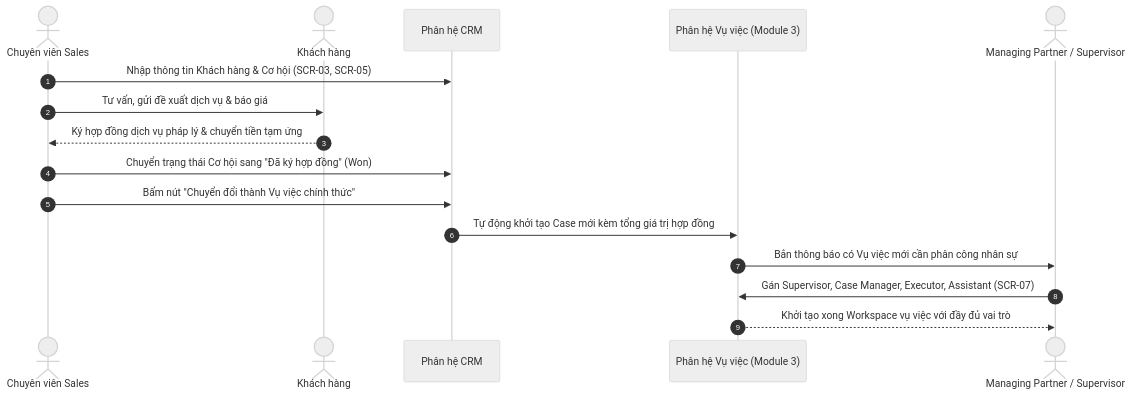
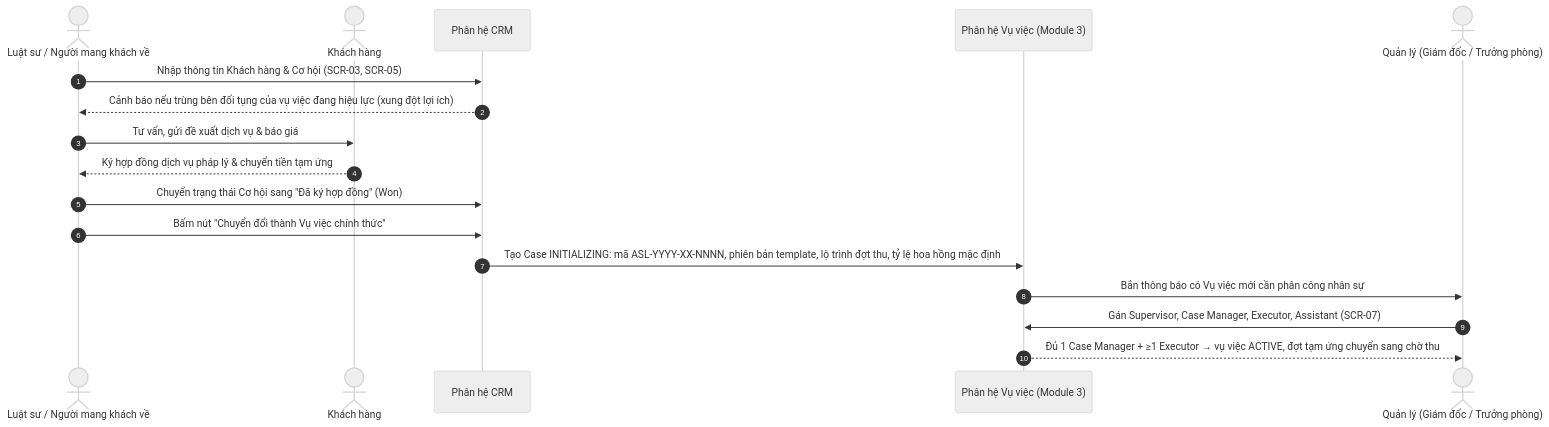
The first of 5 diagrams in docs/04-user-flows.md (namth/asl-erp-v2), drawn with Mermaid (neutral theme) before and after one commit. The commit also changed other lines of this file and 84 other files, not shown here.

````diff
--- a/docs/04-user-flows.md
+++ b/docs/04-user-flows.md
@@ -5,19 +5,20 @@
 ```mermaid
 sequenceDiagram
     autonumber
-    actor Sales as Chuyên viên Sales
+    actor Sales as Luật sư / Người mang khách về
     actor Client as Khách hàng
     participant CRM as Phân hệ CRM
     participant CaseMod as Phân hệ Vụ việc (Module 3)
-    actor Partner as Managing Partner / Supervisor
+    actor Partner as Quản lý (Giám đốc / Trưởng phòng)
 
     Sales->>CRM: Nhập thông tin Khách hàng & Cơ hội (SCR-03, SCR-05)
+    CRM-->>Sales: Cảnh báo nếu trùng bên đối tụng của vụ việc đang hiệu lực (xung đột lợi ích)
     Sales->>Client: Tư vấn, gửi đề xuất dịch vụ & báo giá
     Client-->>Sales: Ký hợp đồng dịch vụ pháp lý & chuyển tiền tạm ứng
     Sales->>CRM: Chuyển trạng thái Cơ hội sang "Đã ký hợp đồng" (Won)
     Sales->>CRM: Bấm nút "Chuyển đổi thành Vụ việc chính thức"
-    CRM->>CaseMod: Tự động khởi tạo Case mới kèm tổng giá trị hợp đồng
+    CRM->>CaseMod: Tạo Case INITIALIZING: mã ASL-YYYY-XX-NNNN, phiên bản template, lộ trình đợt thu, tỷ lệ hoa hồng mặc định
     CaseMod->>Partner: Bắn thông báo có Vụ việc mới cần phân công nhân sự
     Partner->>CaseMod: Gán Supervisor, Case Manager, Executor, Assistant (SCR-07)
-    CaseMod-->>Partner: Khởi tạo xong Workspace vụ việc với đầy đủ vai trò
+    CaseMod-->>Partner: Đủ 1 Case Manager + ≥1 Executor → vụ việc ACTIVE, đợt tạm ứng chuyển sang chờ thu
 ```
````
